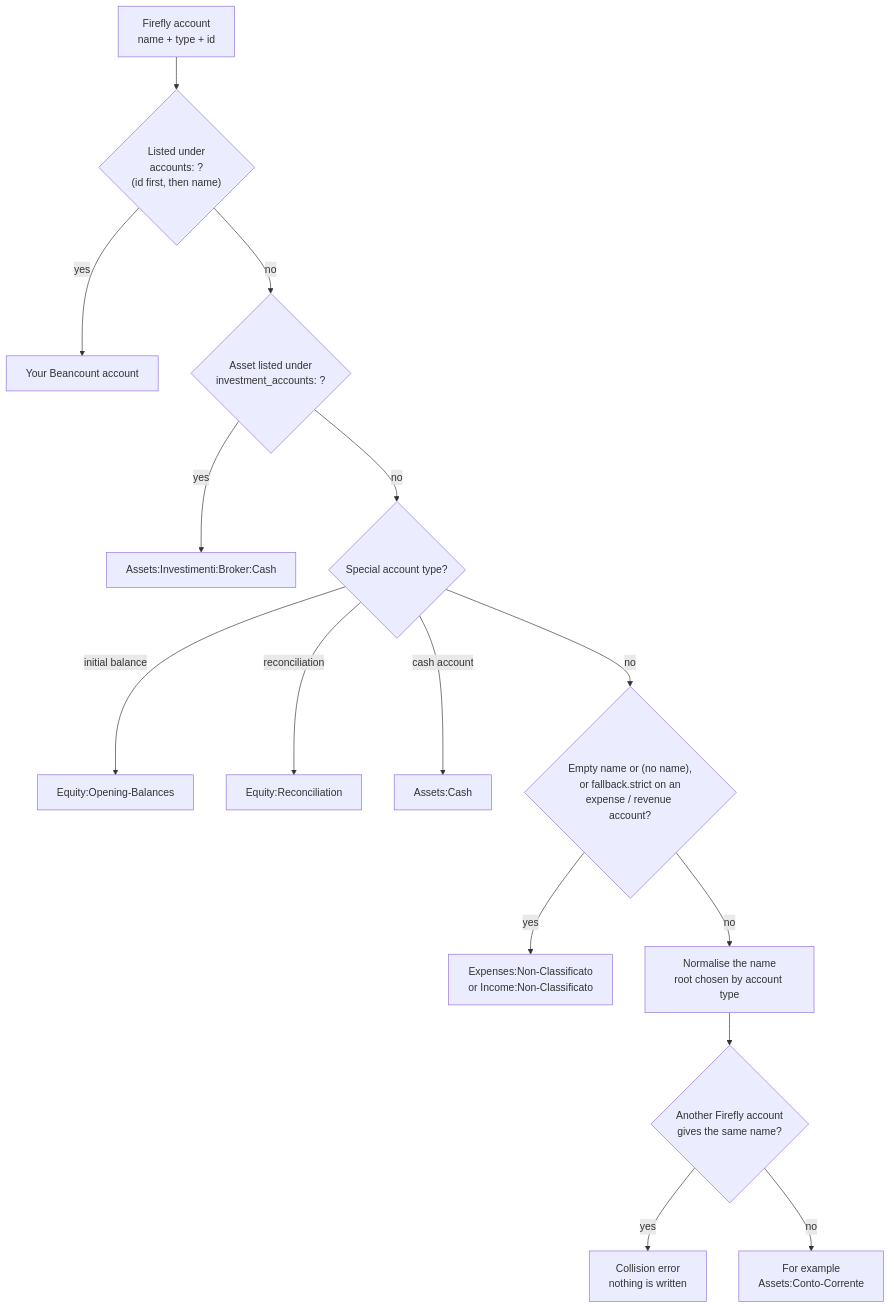
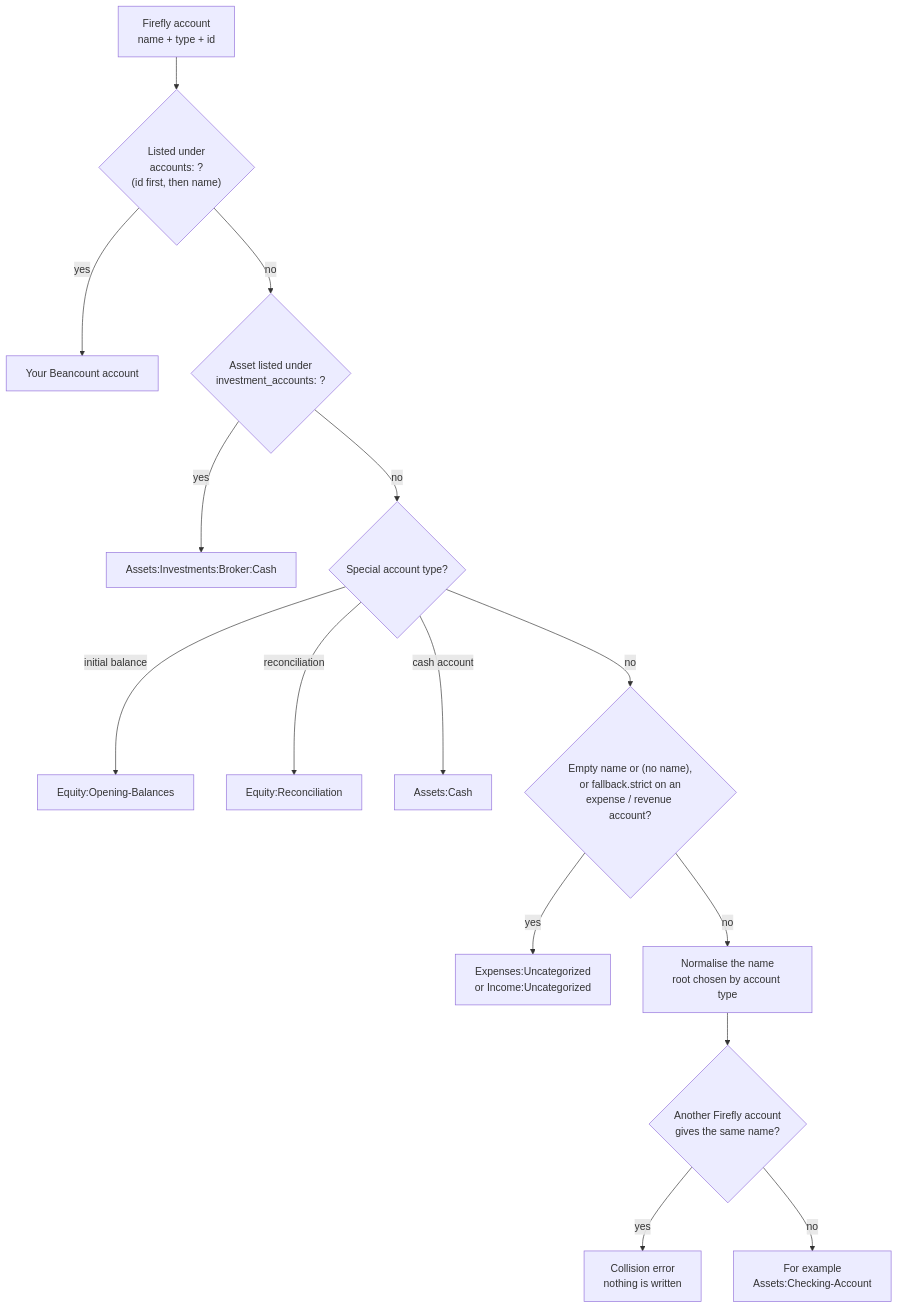
The fifth of 9 diagrams in docs/wiki/Beancount-Export.md (fran33git/firefly-reports), drawn with Mermaid before and after one commit. The commit also changed other lines of this file and 4 other files, not shown here.

````diff
--- a/docs/wiki/Beancount-Export.md
+++ b/docs/wiki/Beancount-Export.md
@@ -242,17 +242,17 @@
 ```mermaid
 flowchart TD
     A["Firefly account<br/>name + type + id"] --> B{"Listed under<br/>accounts: ?<br/>(id first, then name)"}
     B -- yes --> R1["Your Beancount account"]
     B -- no --> C{"Asset listed under<br/>investment_accounts: ?"}
-    C -- yes --> R2["Assets:Investimenti:Broker:Cash"]
+    C -- yes --> R2["Assets:Investments:Broker:Cash"]
     C -- no --> D{"Special account type?"}
     D -- "initial balance" --> R3["Equity:Opening-Balances"]
     D -- reconciliation --> R4["Equity:Reconciliation"]
     D -- "cash account" --> R5["Assets:Cash"]
     D -- no --> E{"Empty name or (no name),<br/>or fallback.strict on an<br/>expense / revenue account?"}
-    E -- yes --> R6["Expenses:Non-Classificato<br/>or Income:Non-Classificato"]
+    E -- yes --> R6["Expenses:Uncategorized<br/>or Income:Uncategorized"]
     E -- no --> F["Normalise the name<br/>root chosen by account type"]
     F --> G{"Another Firefly account<br/>gives the same name?"}
     G -- yes --> ERR["Collision error<br/>nothing is written"]
-    G -- no --> R7["For example<br/>Assets:Conto-Corrente"]
+    G -- no --> R7["For example<br/>Assets:Checking-Account"]
 ```
````
